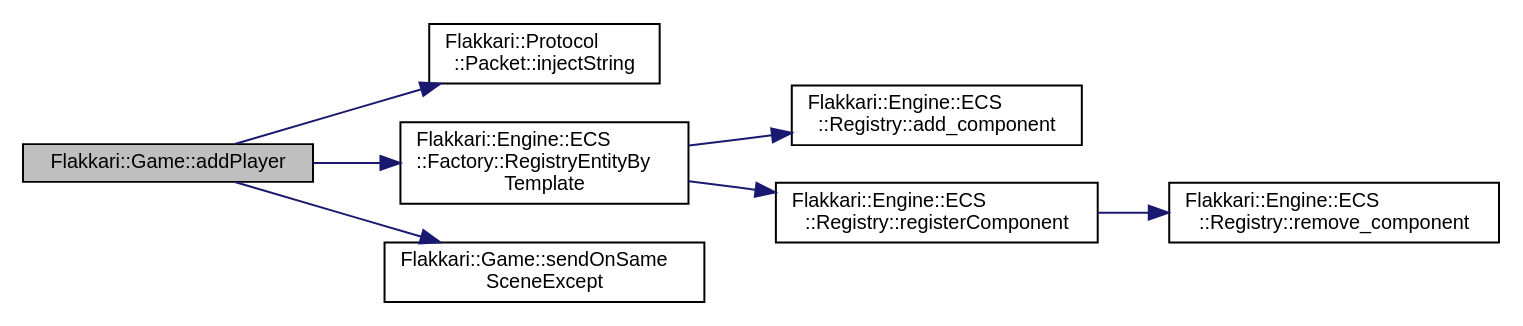
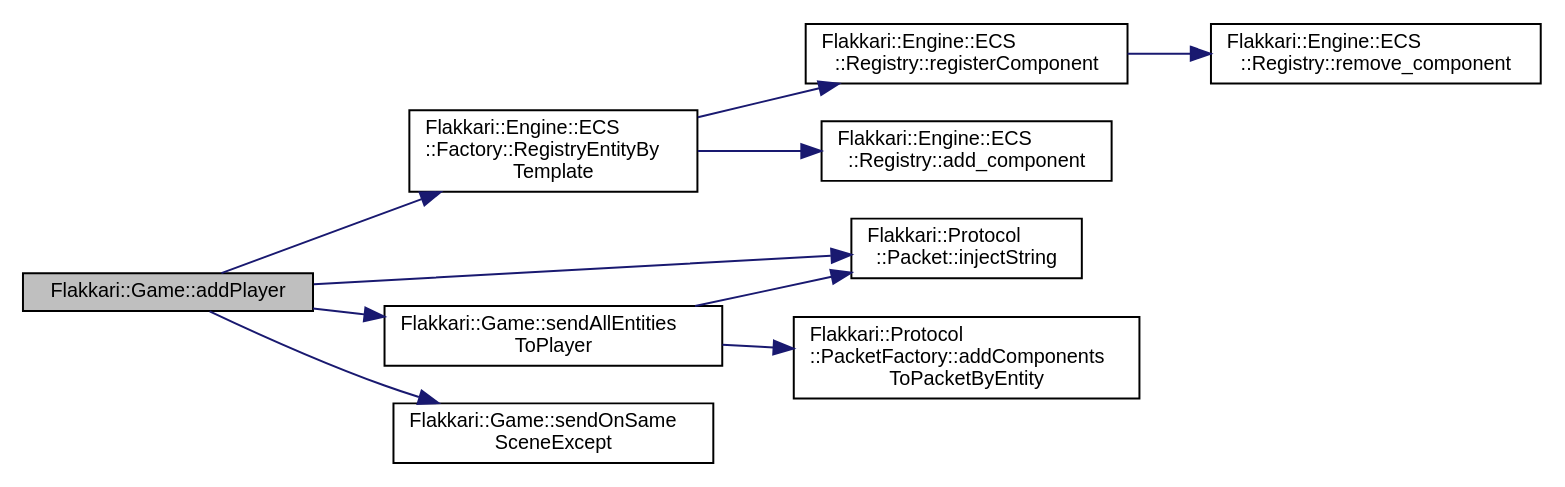
One commit to MasterLaplace/flakkari changed the diagram in dd/ddd/classFlakkari_1_1Game_af6c26cbc78463602195197dc3709ce08_cgraph.dot. Above: the diagram before and after it, drawn with Graphviz. The commit also changed 249 other files, not shown here.

```diff
--- a/dd/ddd/classFlakkari_1_1Game_af6c26cbc78463602195197dc3709ce08_cgraph.dot
+++ b/dd/ddd/classFlakkari_1_1Game_af6c26cbc78463602195197dc3709ce08_cgraph.dot
@@ -1,20 +1,25 @@
 digraph "Flakkari::Game::addPlayer"
 {
  // LATEX_PDF_SIZE
   edge [fontname="Helvetica",fontsize="10",labelfontname="Helvetica",labelfontsize="10"];
   node [fontname="Helvetica",fontsize="10",shape=record];
   rankdir="LR";
   Node1 [label="Flakkari::Game::addPlayer",height=0.2,width=0.4,color="black", fillcolor="grey75", style="filled", fontcolor="black",tooltip="Add a player to the game instance."];
   Node1 -> Node2 [color="midnightblue",fontsize="10",style="solid",fontname="Helvetica"];
   Node2 [label="Flakkari::Protocol\l::Packet::injectString",height=0.2,width=0.4,color="black", fillcolor="white", style="filled",URL="$db/d59/structFlakkari_1_1Protocol_1_1Packet.html#a63aaa79fce263bb0de32d73a8ffdb124",tooltip="Inject a string into the packet."];
   Node1 -> Node3 [color="midnightblue",fontsize="10",style="solid",fontname="Helvetica"];
   Node3 [label="Flakkari::Engine::ECS\l::Factory::RegistryEntityBy\lTemplate",height=0.2,width=0.4,color="black", fillcolor="white", style="filled",URL="$dd/d19/namespaceFlakkari_1_1Engine_1_1ECS_1_1Factory.html#a030cc94b504689dc5b0794f123bd3cc6",tooltip="Add an entity to the registry based on a template JSON."];
   Node3 -> Node4 [color="midnightblue",fontsize="10",style="solid",fontname="Helvetica"];
   Node4 [label="Flakkari::Engine::ECS\l::Registry::add_component",height=0.2,width=0.4,color="black", fillcolor="white", style="filled",URL="$d3/d58/classFlakkari_1_1Engine_1_1ECS_1_1Registry.html#abf95714c43fe09a1a01e7d3fffe27124",tooltip="Get the component from an entity."];
   Node3 -> Node5 [color="midnightblue",fontsize="10",style="solid",fontname="Helvetica"];
   Node5 [label="Flakkari::Engine::ECS\l::Registry::registerComponent",height=0.2,width=0.4,color="black", fillcolor="white", style="filled",URL="$d3/d58/classFlakkari_1_1Engine_1_1ECS_1_1Registry.html#a2faf0cdffea734942a5b964496cf6755",tooltip="Get the component from an entity."];
   Node5 -> Node6 [color="midnightblue",fontsize="10",style="solid",fontname="Helvetica"];
   Node6 [label="Flakkari::Engine::ECS\l::Registry::remove_component",height=0.2,width=0.4,color="black", fillcolor="white", style="filled",URL="$d3/d58/classFlakkari_1_1Engine_1_1ECS_1_1Registry.html#afec03d0edf17b2ad7098604ae70d0f33",tooltip="Remove a component from an entity in the registry."];
   Node1 -> Node7 [color="midnightblue",fontsize="10",style="solid",fontname="Helvetica"];
-  Node7 [label="Flakkari::Game::sendOnSame\lSceneExcept",height=0.2,width=0.4,color="black", fillcolor="white", style="filled",URL="$dd/ddd/classFlakkari_1_1Game.html#aad2da6e3812a3e756753375a6fa7894b",tooltip=" "];
+  Node7 [label="Flakkari::Game::sendAllEntities\lToPlayer",height=0.2,width=0.4,color="black", fillcolor="white", style="filled",URL="$dd/ddd/classFlakkari_1_1Game.html#a334db913f1401e0ff19b3b28df38a9ba",tooltip=" "];
+  Node7 -> Node8 [color="midnightblue",fontsize="10",style="solid",fontname="Helvetica"];
+  Node8 [label="Flakkari::Protocol\l::PacketFactory::addComponents\lToPacketByEntity",height=0.2,width=0.4,color="black", fillcolor="white", style="filled",URL="$d7/d06/classFlakkari_1_1Protocol_1_1PacketFactory.html#a1b3ecd6a8b5169c43a3a24d7b6bb6069",tooltip="Add all the components of an entity to a packet."];
+  Node7 -> Node2 [color="midnightblue",fontsize="10",style="solid",fontname="Helvetica"];
+  Node1 -> Node9 [color="midnightblue",fontsize="10",style="solid",fontname="Helvetica"];
+  Node9 [label="Flakkari::Game::sendOnSame\lSceneExcept",height=0.2,width=0.4,color="black", fillcolor="white", style="filled",URL="$dd/ddd/classFlakkari_1_1Game.html#aad2da6e3812a3e756753375a6fa7894b",tooltip=" "];
 }
```
